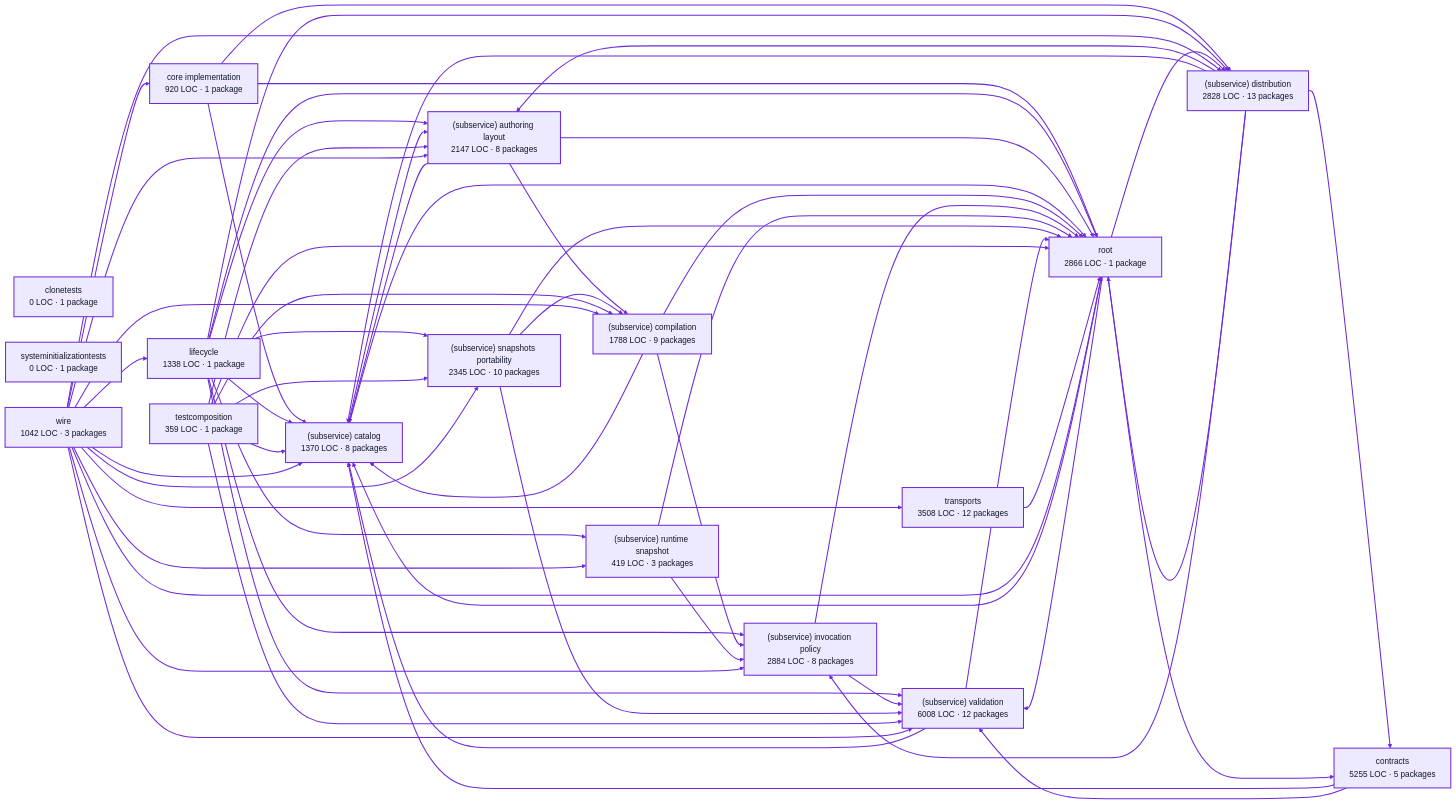
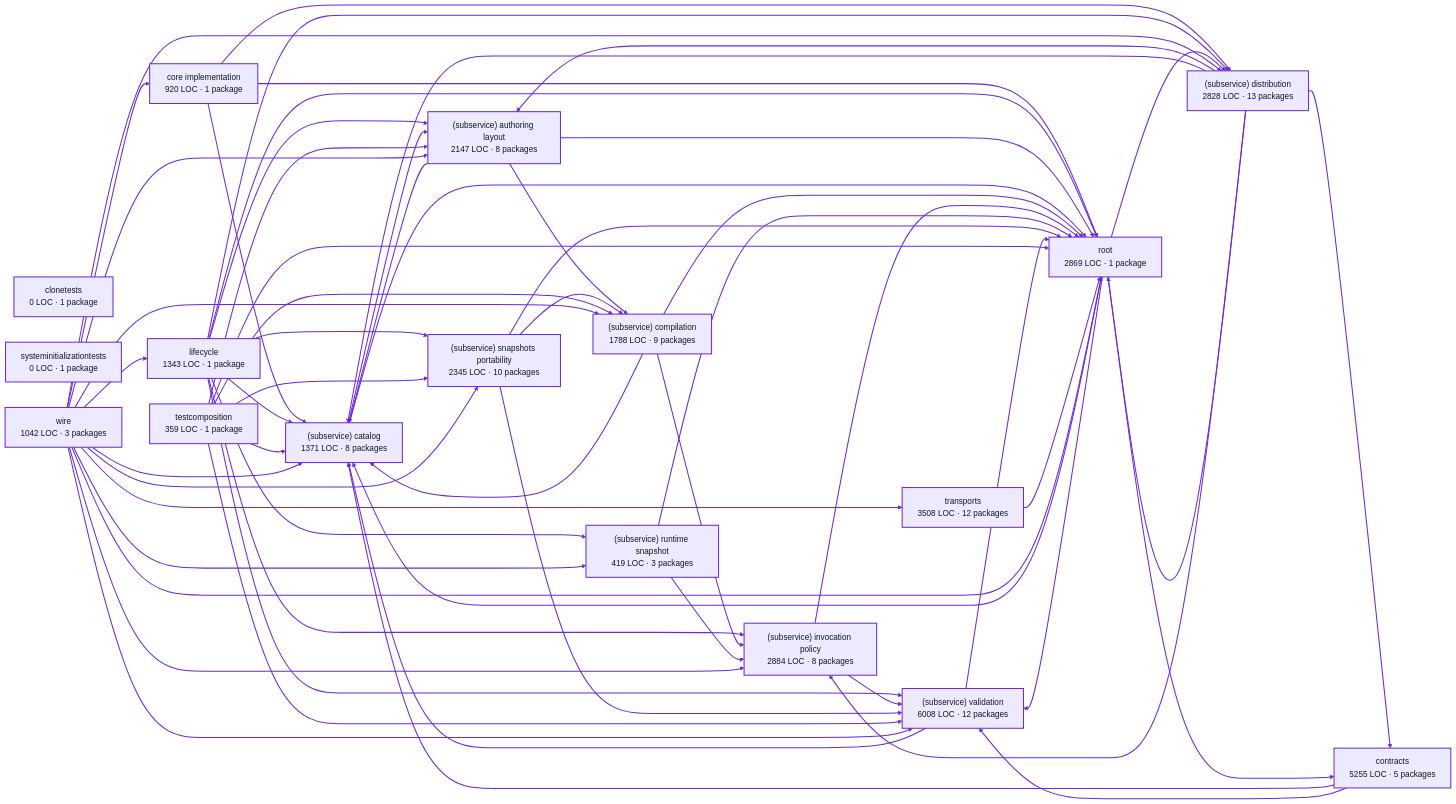
Before and after one commit to portpowered/you-agent-factory: the diagram in docs/architecture/visualizations/services/factory_definitions.md, drawn with Mermaid (base theme). The commit also changed other lines of this file and 21 other files, not shown here.

Commit message:
docs: refresh backend architecture visualizations

```diff
--- a/docs/architecture/visualizations/services/factory_definitions.md
+++ b/docs/architecture/visualizations/services/factory_definitions.md
@@ -13,9 +13,9 @@
   p0["clonetests<br/>0 LOC · 1 package"]
   p1["core implementation<br/>920 LOC · 1 package"]
   p2["contracts<br/>5255 LOC · 5 packages"]
-  p3["lifecycle<br/>1338 LOC · 1 package"]
+  p3["lifecycle<br/>1343 LOC · 1 package"]
   p4["(subservice) authoring layout<br/>2147 LOC · 8 packages"]
-  p5["(subservice) catalog<br/>1370 LOC · 8 packages"]
+  p5["(subservice) catalog<br/>1371 LOC · 8 packages"]
   p6["(subservice) compilation<br/>1788 LOC · 9 packages"]
   p7["(subservice) distribution<br/>2828 LOC · 13 packages"]
   p8["(subservice) invocation policy<br/>2884 LOC · 8 packages"]
@@ -23,7 +23,7 @@
   p10["(subservice) snapshots portability<br/>2345 LOC · 10 packages"]
   p11["(subservice) validation<br/>6008 LOC · 12 packages"]
   p12["testcomposition<br/>359 LOC · 1 package"]
-  p13["root<br/>2866 LOC · 1 package"]
+  p13["root<br/>2869 LOC · 1 package"]
   p14["systeminitializationtests<br/>0 LOC · 1 package"]
   p15["transports<br/>3508 LOC · 12 packages"]
   p16["wire<br/>1042 LOC · 3 packages"]
```
